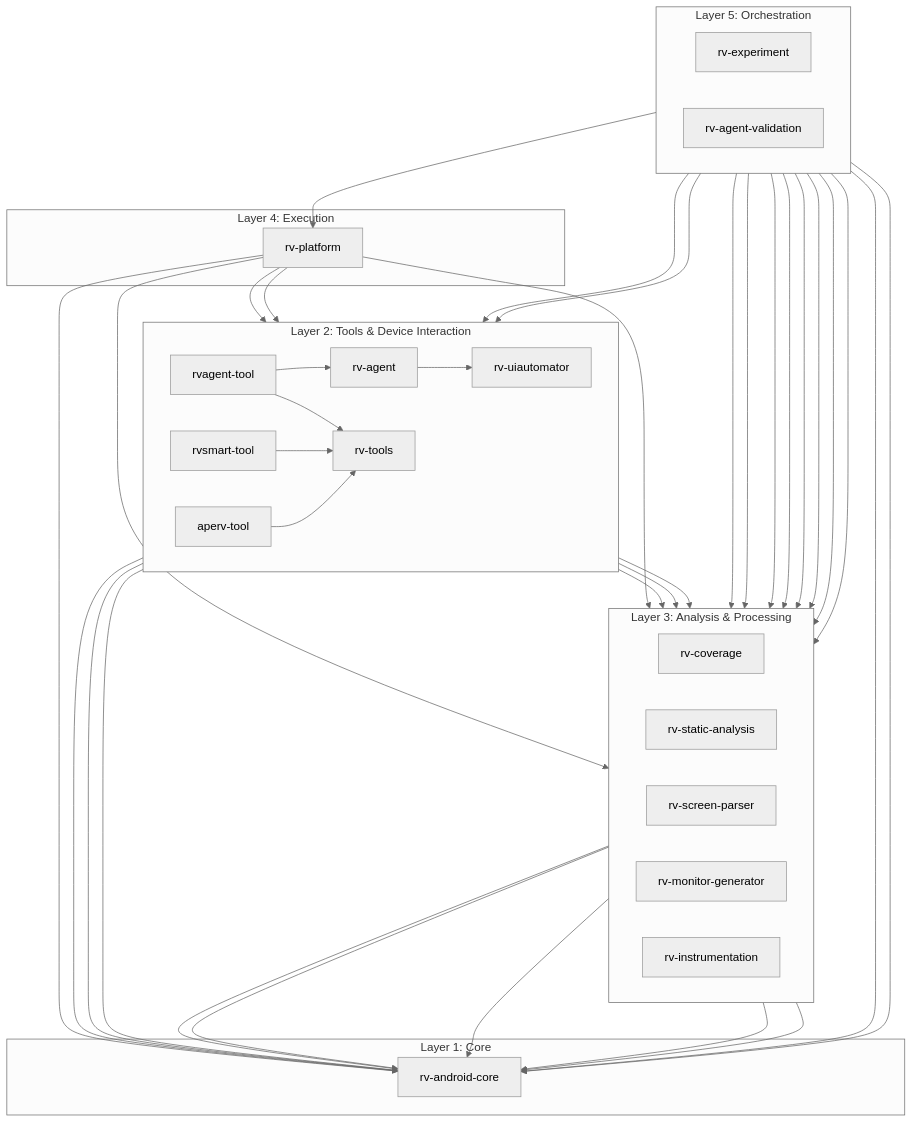
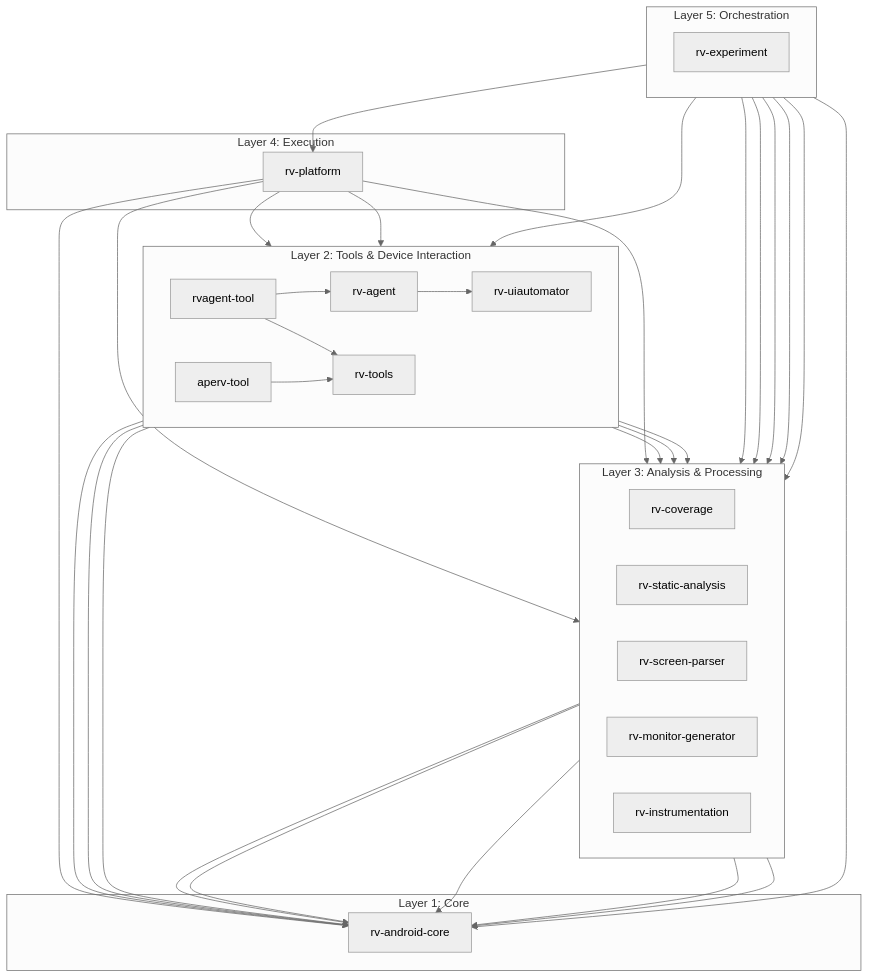
Before and after one commit to PAMunb/rvsec: the first of 4 diagrams in rv-android/docs/rv_android_architecture.md, drawn with Mermaid. The commit also changed other lines of this file and 629 other files, not shown here.

First line of the commit message:
chore(tg1): archive rvsmart-tool, rv-agent-validation; close obsolete issues (refs #48)

````diff
--- a/rv-android/docs/rv_android_architecture.md
+++ b/rv-android/docs/rv_android_architecture.md
@@ -83,78 +83,69 @@
 ```mermaid
 %%{init: {'theme': 'neutral'}}%%
 flowchart TB
     subgraph L5["Layer 5: Orchestration"]
         direction LR
         Experiment["rv-experiment"]
-        Validation["rv-agent-validation"]
     end
 
     subgraph L4["Layer 4: Execution"]
         PlatformMod["rv-platform"]
     end
 
     subgraph L3["Layer 3: Analysis & Processing"]
         direction LR
         Coverage["rv-coverage"]
         StaticAnalysis["rv-static-analysis"]
         ScreenParser["rv-screen-parser"]
         MonitorGen["rv-monitor-generator"]
         Instrumentation["rv-instrumentation"]
     end
 
     subgraph L2["Layer 2: Tools & Device Interaction"]
         direction LR
         Tools["rv-tools"]
         UIAutomator["rv-uiautomator"]
         Agent["rv-agent"]
         AgentTool["rvagent-tool"]
-        SmartTool["rvsmart-tool"]
         ApervTool["aperv-tool"]
     end
 
     subgraph L1["Layer 1: Core"]
         Core["rv-android-core"]
     end
 
     Experiment --> PlatformMod
     Experiment --> MonitorGen
     Experiment --> Instrumentation
     Experiment --> StaticAnalysis
     Experiment --> Tools
     Experiment --> Coverage
     Experiment --> ScreenParser
 
-    Validation --> Agent
-    Validation --> StaticAnalysis
-    Validation --> MonitorGen
-    Validation --> Instrumentation
-
     PlatformMod --> Tools
     PlatformMod --> Coverage
     PlatformMod --> StaticAnalysis
     PlatformMod --> AgentTool
 
     AgentTool --> Agent
     AgentTool --> Tools
 
-    SmartTool --> Tools
     ApervTool --> Tools
 
     Agent --> ScreenParser
     Agent --> UIAutomator
     Agent --> StaticAnalysis
 
     UIAutomator --> ScreenParser
 
     Tools --> Core
     Coverage --> Core
     StaticAnalysis --> Core
     ScreenParser --> Core
     MonitorGen --> Core
     Instrumentation --> Core
     UIAutomator --> Core
     Agent --> Core
     PlatformMod --> Core
     Experiment --> Core
-    Validation --> Core
 ```
````
